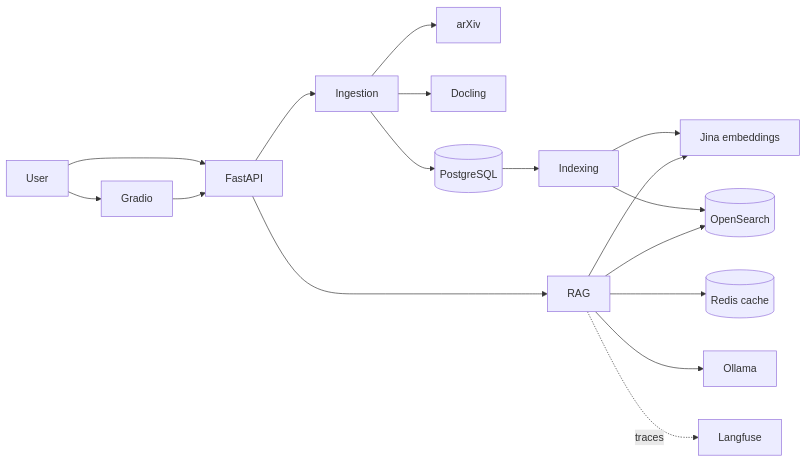
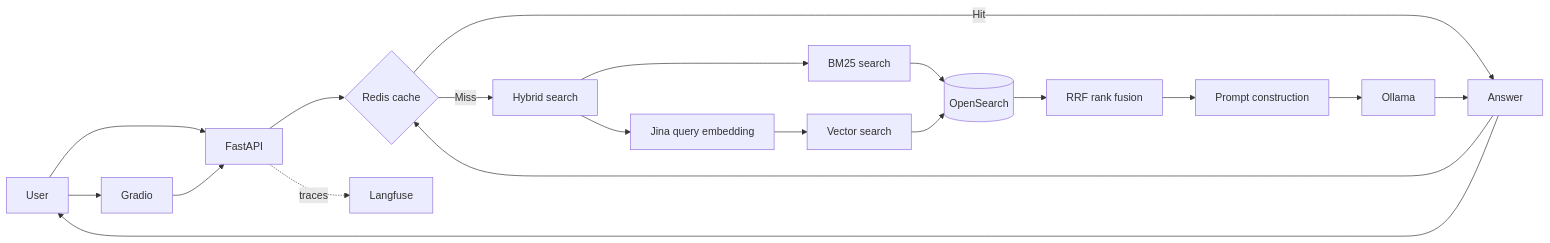
The second of 3 diagrams in README.md (vector94/agentic-research-assistant), drawn with Mermaid before and after one commit. The commit also changed other lines of this file and 2 other files, not shown here.

````diff
--- a/README.md
+++ b/README.md
@@ -19,22 +49,25 @@
 ```mermaid
 flowchart LR
     User --> API[FastAPI]
     User --> Gradio
     Gradio --> API
 
-    API --> Ingestion
-    Ingestion --> arXiv
-    Ingestion --> Docling
-    Ingestion --> PostgreSQL[(PostgreSQL)]
+    API --> Redis{Redis cache}
+    Redis -->|Hit| Answer
+    Redis -->|Miss| Search[Hybrid search]
 
-    PostgreSQL --> Indexing
-    Indexing --> Jina[Jina embeddings]
-    Indexing --> OpenSearch[(OpenSearch)]
+    Search --> BM25[BM25 search]
+    Search --> Jina[Jina query embedding]
+    Jina --> Vector[Vector search]
+    BM25 --> OpenSearch[(OpenSearch)]
+    Vector --> OpenSearch
+    OpenSearch --> Fusion[RRF rank fusion]
 
-    API --> RAG
-    RAG --> Redis[(Redis cache)]
-    RAG --> Jina
-    RAG --> OpenSearch
-    RAG --> Ollama
-    RAG -. traces .-> Langfuse
+    Fusion --> Prompt[Prompt construction]
+    Prompt --> Ollama
+    Ollama --> Answer
+    Answer --> Redis
+    Answer --> User
+
+    API -. traces .-> Langfuse
 ```
````
